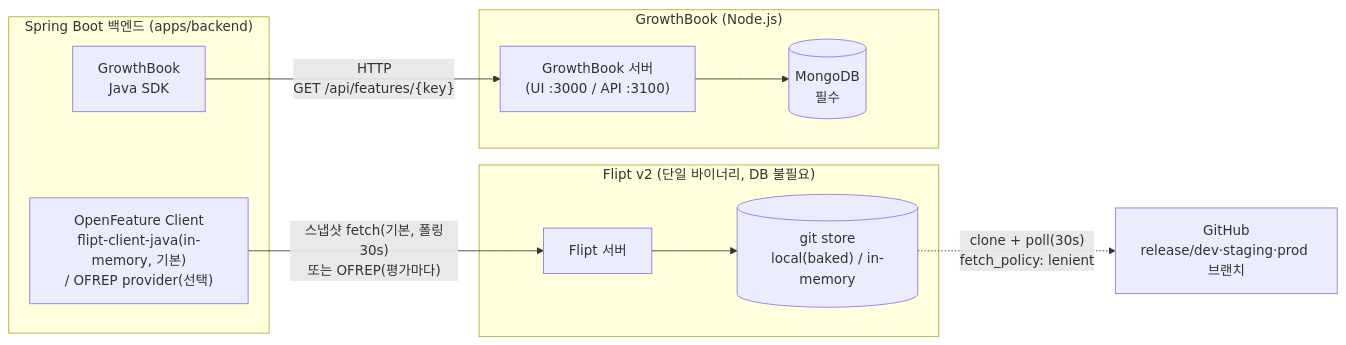
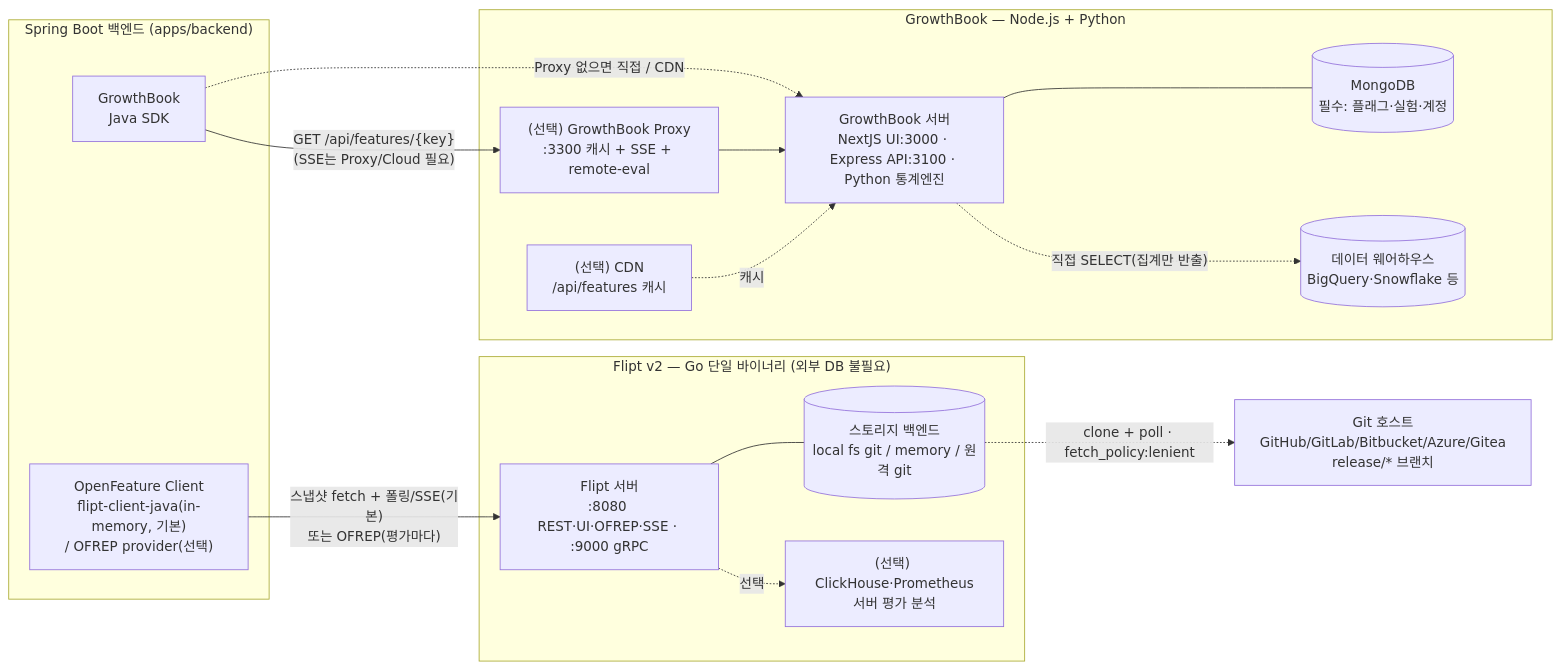
The first of 8 diagrams in comparison.md (nyjin/flipt-demo), drawn with Mermaid before and after one commit. The commit also changed other lines of this file, not shown here.

````diff
--- a/comparison.md
+++ b/comparison.md
@@ -45,26 +40,35 @@
 ```mermaid
 flowchart LR
   subgraph Backend["Spring Boot 백엔드 (apps/backend)"]
     OF["OpenFeature Client<br/>flipt-client-java(in-memory, 기본)<br/>/ OFREP provider(선택)"]
     GBSDK["GrowthBook<br/>Java SDK"]
   end
 
-  subgraph FliptStack["Flipt v2 (단일 바이너리, DB 불필요)"]
-    Flipt["Flipt 서버"]
-    GitStore[("git store<br/>local(baked) / in-memory")]
+  subgraph FliptStack["Flipt v2 — Go 단일 바이너리 (외부 DB 불필요)"]
+    Flipt["Flipt 서버<br/>:8080 REST·UI·OFREP·SSE · :9000 gRPC"]
+    GitStore[("스토리지 백엔드<br/>local fs git / memory / 원격 git")]
+    FAnalytics["(선택) ClickHouse·Prometheus<br/>서버 평가 분석"]
   end
 
-  subgraph GBStack["GrowthBook (Node.js)"]
-    GB["GrowthBook 서버<br/>(UI :3000 / API :3100)"]
-    Mongo[("MongoDB<br/>필수")]
+  subgraph GBStack["GrowthBook — Node.js + Python"]
+    GB["GrowthBook 서버<br/>NextJS UI:3000 · Express API:3100 · Python 통계엔진"]
+    Mongo[("MongoDB<br/>필수: 플래그·실험·계정")]
+    Proxy["(선택) GrowthBook Proxy<br/>:3300 캐시 + SSE + remote-eval"]
+    CDN["(선택) CDN<br/>/api/features 캐시"]
+    DWH[("데이터 웨어하우스<br/>BigQuery·Snowflake 등")]
   end
 
-  GitHub["GitHub<br/>release/dev·staging·prod 브랜치"]
+  GitHost["Git 호스트<br/>GitHub/GitLab/Bitbucket/Azure/Gitea<br/>release/* 브랜치"]
 
-  OF -->|"스냅샷 fetch(기본, 폴링30s)<br/>또는 OFREP(평가마다)"| Flipt
-  Flipt --> GitStore
-  GitStore -. "clone + poll(30s)<br/>fetch_policy: lenient" .-> GitHub
+  OF -->|"스냅샷 fetch + 폴링/SSE(기본)<br/>또는 OFREP(평가마다)"| Flipt
+  Flipt --- GitStore
+  Flipt -. 선택 .-> FAnalytics
+  GitStore -. "clone + poll · fetch_policy:lenient" .-> GitHost
 
-  GBSDK -->|"HTTP<br/>GET /api/features/{key}"| GB
-  GB --> Mongo
+  GBSDK -->|"GET /api/features/{key}<br/>(SSE는 Proxy/Cloud 필요)"| Proxy
+  GBSDK -.->|"Proxy 없으면 직접 / CDN"| GB
+  Proxy --> GB
+  GB --- Mongo
+  GB -. "직접 SELECT(집계만 반출)" .-> DWH
+  CDN -. 캐시 .-> GB
 ```
````
